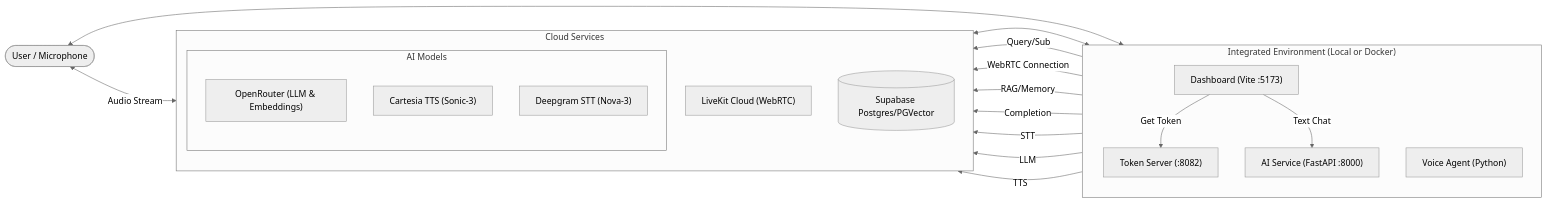
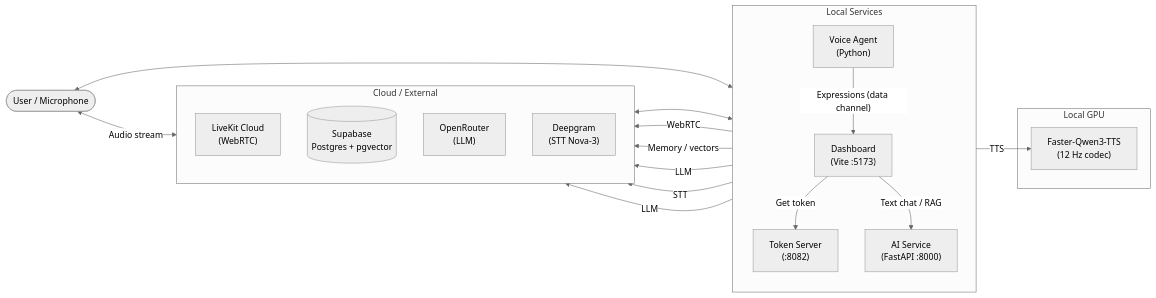
Before and after one commit to F201/Project_AURA: the diagram in docs/architecture/ARCHITECTURE.md, drawn with Mermaid (neutral theme). The commit also changed other lines of this file and 6 other files, not shown here.

````diff
--- a/docs/architecture/ARCHITECTURE.md
+++ b/docs/architecture/ARCHITECTURE.md
@@ -21,45 +18,37 @@
 ```mermaid
 graph LR
-    %% Nodes
     User([User / Microphone])
 
-    subgraph Local ["Integrated Environment (Local or Docker)"]
+    subgraph Local ["Local Services"]
         direction TB
-        Dash["Dashboard (Vite :5173)"]
-        AI["AI Service (FastAPI :8000)"]
-        Voice["Voice Agent (Python)"]
-        Token["Token Server (:8082)"]
+        Dash["Dashboard\n(Vite :5173)"]
+        AI["AI Service\n(FastAPI :8000)"]
+        Voice["Voice Agent\n(Python)"]
+        Token["Token Server\n(:8082)"]
     end
 
-    subgraph Cloud ["Cloud Services"]
+    subgraph Cloud ["Cloud / External"]
         direction TB
-        LiveKit["LiveKit Cloud (WebRTC)"]
-        Supabase[("Supabase Postgres/PGVector")]
-        
-        subgraph Models ["AI Models"]
-            OpenRouter["OpenRouter (LLM & Embeddings)"]
-            Cartesia_TTS["Cartesia TTS (Sonic-3)"]
-            Deepgram_STT["Deepgram STT (Nova-3)"]
-        end
+        LiveKit["LiveKit Cloud\n(WebRTC)"]
+        Supabase[("Supabase\nPostgres + pgvector")]
+        OpenRouter["OpenRouter\n(LLM)"]
+        Deepgram["Deepgram\n(STT Nova-3)"]
     end
 
-    %% User Interactions
+    subgraph Local_GPU ["Local GPU"]
+        Qwen3["Faster-Qwen3-TTS\n(12 Hz codec)"]
+    end
+
     User <--> Dash
-    User -- "Audio Stream" <--> LiveKit
-
-    %% Dashboard Flows
-    Dash -- "Get Token" --> Token
-    Dash -- "Text Chat" --> AI
-    Dash -- "Query/Sub" --> Supabase
-    Dash -- "WebRTC Connection" --> LiveKit
-    
-    %% Backend Flows
-    AI -- "RAG/Memory" --> Supabase
-    AI -- "Completion" --> OpenRouter
-
-    %% Voice Agent Flows
+    User -- "Audio stream" <--> LiveKit
+    Dash -- "Get token" --> Token
+    Dash -- "Text chat / RAG" --> AI
+    Dash -- "WebRTC" --> LiveKit
+    AI -- "Memory / vectors" --> Supabase
+    AI -- "LLM" --> OpenRouter
     LiveKit <--> Voice
-    Voice -- "STT" --> Deepgram_STT
+    Voice -- "STT" --> Deepgram
     Voice -- "LLM" --> OpenRouter
-    Voice -- "TTS" --> Cartesia_TTS
+    Voice -- "TTS" --> Qwen3
+    Voice -- "Expressions (data channel)" --> Dash
 ```
````
